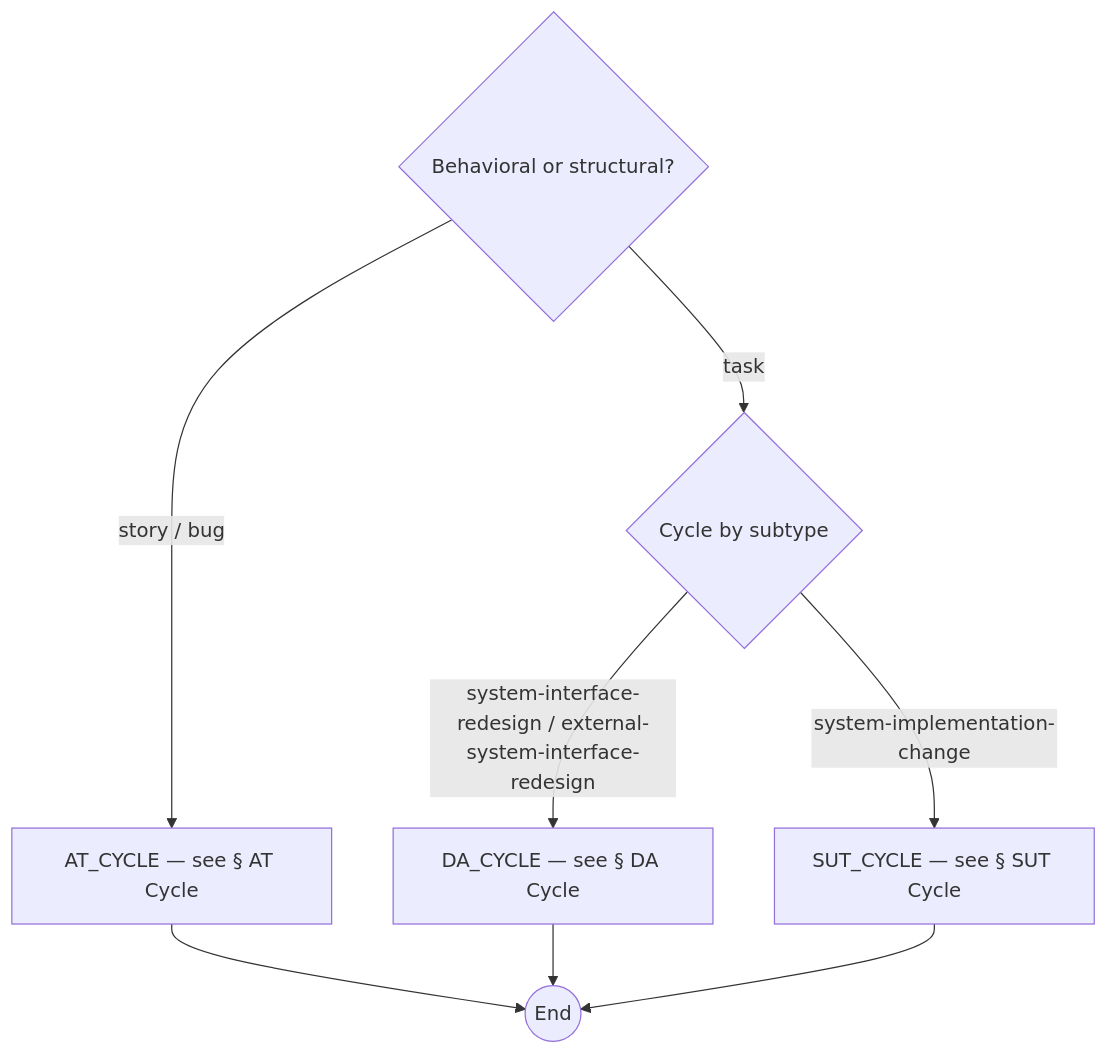
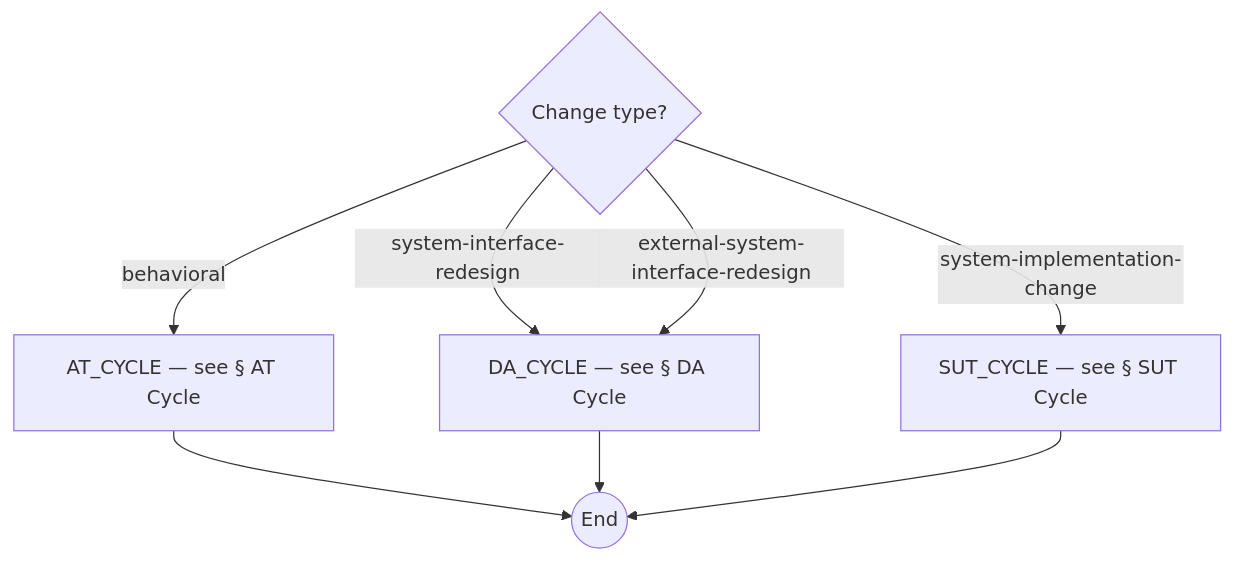
One commit to optivem/gh-optivem changed the fourth of 12 diagrams in docs/process-diagram.md. Above: the diagram before and after it, drawn with Mermaid. The commit also changed other lines of this file and 12 other files, not shown here.

First line of the commit message:
atdd: collapse run_cycle to change_type, honest intake names, add flow outputs

````diff
--- a/docs/process-diagram.md
+++ b/docs/process-diagram.md
@@ -86,17 +94,16 @@
 ```mermaid
 flowchart TD
     AT_CYCLE[AT_CYCLE — see § AT Cycle]
     CYCLE_END((End))
     DA_CYCLE[DA_CYCLE — see § DA Cycle]
-    GATE_SUBTYPE{Cycle by subtype}
-    GATE_TICKET_TYPE{Behavioral or structural?}
+    GATE_CHANGE_TYPE{Change type?}
     SUT_CYCLE[SUT_CYCLE — see § SUT Cycle]
 
-    GATE_TICKET_TYPE -- story / bug --> AT_CYCLE
-    GATE_TICKET_TYPE -- task --> GATE_SUBTYPE
-    GATE_SUBTYPE -- system-interface-redesign / external-system-interface-redesign --> DA_CYCLE
-    GATE_SUBTYPE -- system-implementation-change --> SUT_CYCLE
+    GATE_CHANGE_TYPE -- behavioral --> AT_CYCLE
+    GATE_CHANGE_TYPE -- system-interface-redesign --> DA_CYCLE
+    GATE_CHANGE_TYPE -- external-system-interface-redesign --> DA_CYCLE
+    GATE_CHANGE_TYPE -- system-implementation-change --> SUT_CYCLE
     AT_CYCLE --> CYCLE_END
     DA_CYCLE --> CYCLE_END
     SUT_CYCLE --> CYCLE_END
 ```
````
